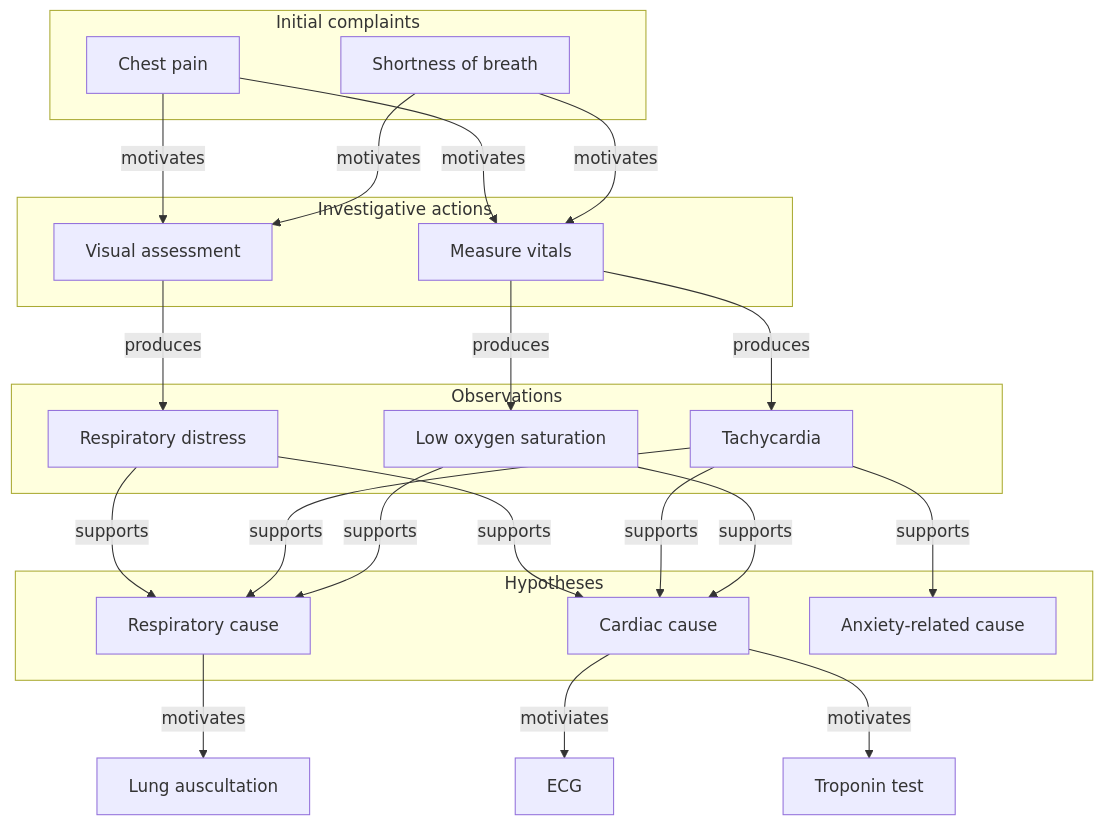
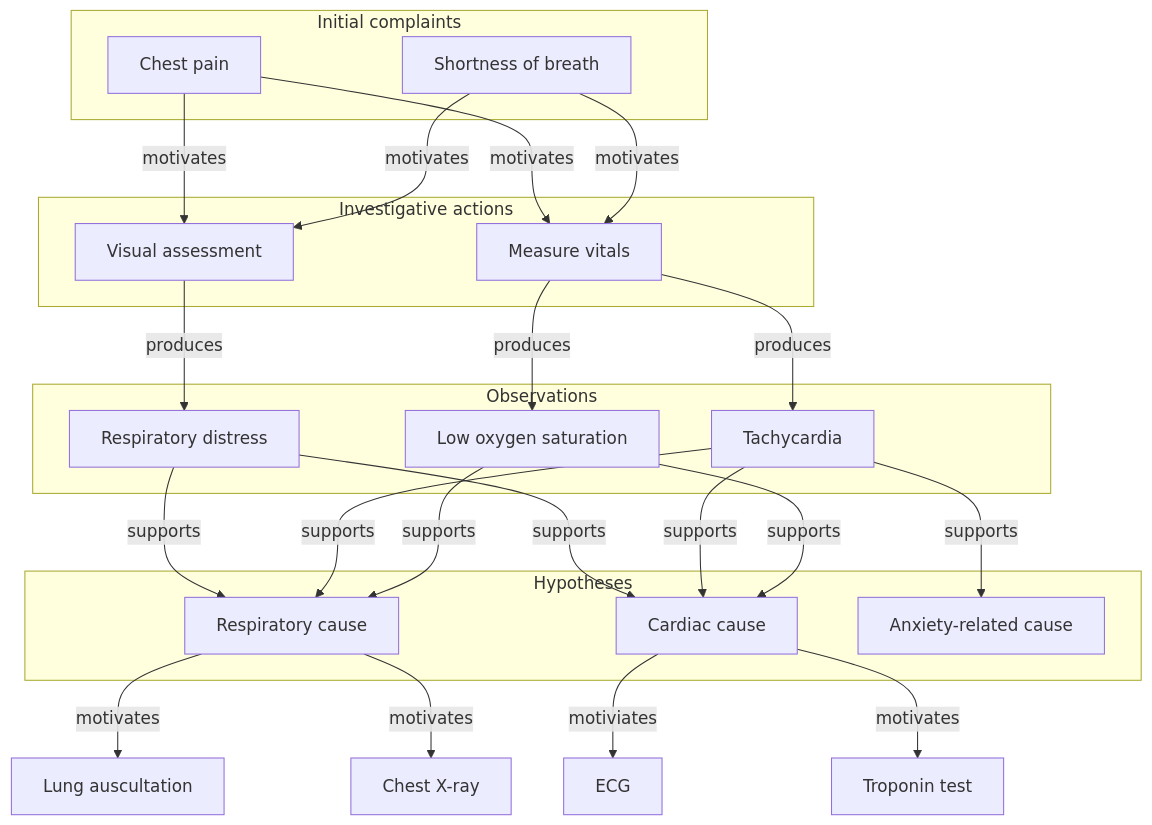
The diagram in diagrams/medical.mmd (kahunacohen/why), drawn with Mermaid before and after one commit.

```diff
--- a/diagrams/medical.mmd
+++ b/diagrams/medical.mmd
@@ -1,51 +1,53 @@
 flowchart TD
 
   subgraph complaints["Initial complaints"]
     C1["Chest pain"]
     C2["Shortness of breath"]
   end
 
   subgraph actions["Investigative actions"]
     A1["Visual assessment"]
     A2["Measure vitals"]
   end
 
   C1 -->|motivates| A1
   C2 -->|motivates| A1
   C1 -->|motivates| A2
   C2 -->|motivates| A2
 
   subgraph observations["Observations"]
     O1["Respiratory distress"]
     O2["Tachycardia"]
     O3["Low oxygen saturation"]
   end
 
   A1 -->|produces| O1
   A2 -->|produces| O2
   A2 -->|produces| O3
 
   subgraph hypotheses["Hypotheses"]
     H1["Respiratory cause"]
     H2["Cardiac cause"]
     H3["Anxiety-related cause"]
   end
 
   O1 -->|supports| H1
   O1 -->|supports| H2
 
   O2 -->|supports| H1
   O2 -->|supports| H2
   O2 -->|supports| H3
 
   O3 -->|supports| H1
   O3 -->|supports| H2
 
   A5["Lung auscultation"]
+  A6["Chest X-ray"]
   H1 --> |motivates| A5
+  H1 --> |motivates| A6
   
   A3["ECG"]
   A4["Troponin test"]
 
   H2 -->|motiviates| A3
   H2 -->|motivates| A4
```
